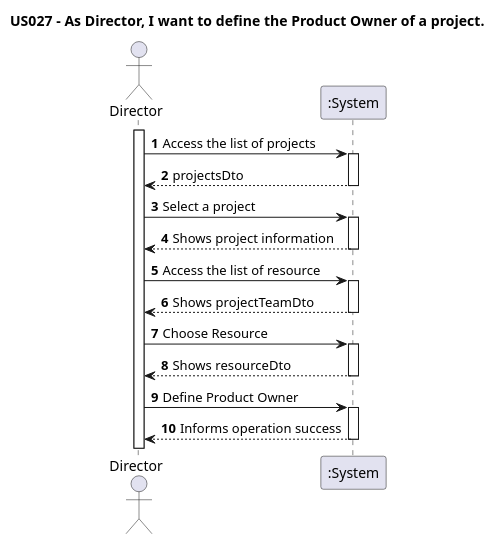
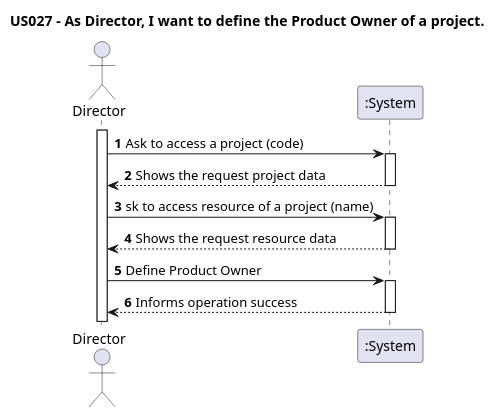
Before and after one commit to nunogon1211787/projectManagement: the diagram in docs/Sprint3/US027/US027-SSD.puml, drawn with PlantUML. The commit also changed 7 other files, not shown here.

```diff
--- a/docs/Sprint3/US027/US027-SSD.puml
+++ b/docs/Sprint3/US027/US027-SSD.puml
@@ -1,24 +1,20 @@
 @startuml
 
 title "US027 - As Director, I want to define the Product Owner of a project."
 autoactivate on
 autonumber
 
 actor "Director" as Director
 participant ":System" as System
 
 activate Director
 
-Director -> System: Access the list of projects
-System --> Director: projectsDto
-Director -> System: Select a project
-System --> Director: Shows project information
-Director -> System: Access the list of resource
-System --> Director: Shows projectTeamDto
-Director -> System: Choose Resource
-System --> Director: Shows resourceDto
+Director -> System: Ask to access a project (code)
+System --> Director: Shows the request project data
+Director -> System: sk to access resource of a project (name)
+System --> Director: Shows the request resource data
 Director -> System: Define Product Owner
 System --> Director: Informs operation success
 
 
 @enduml
```
